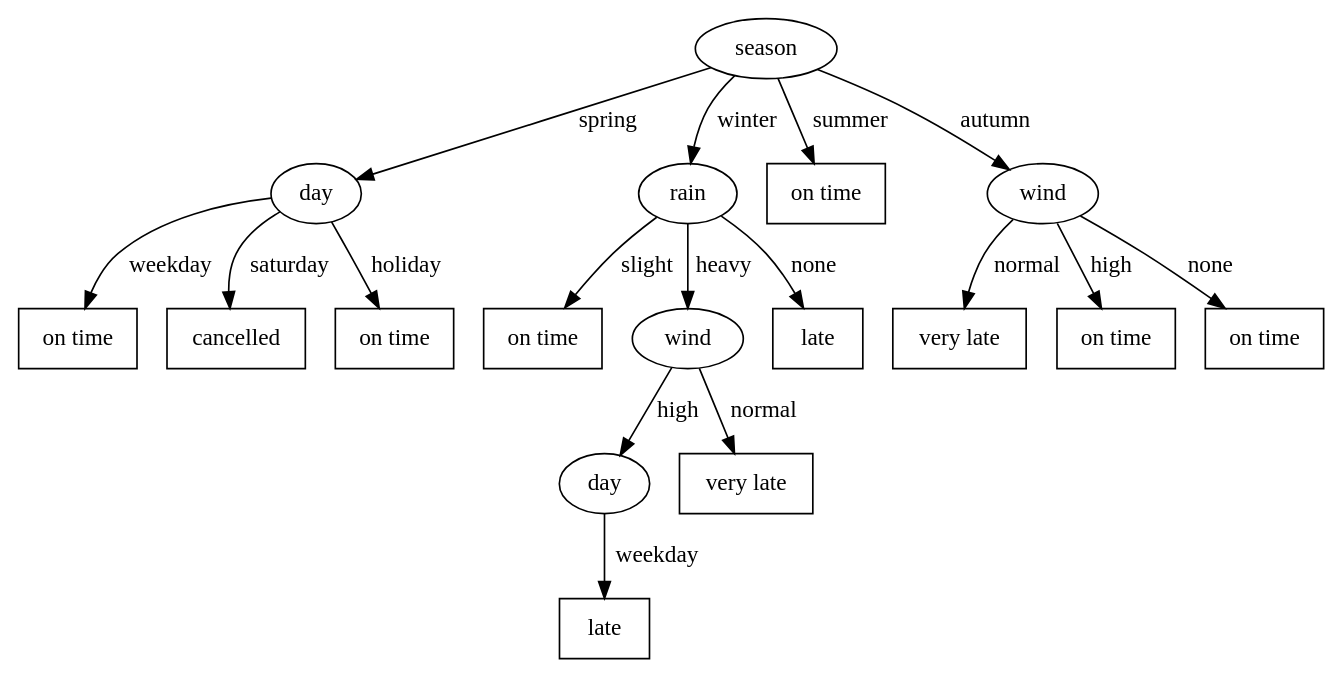
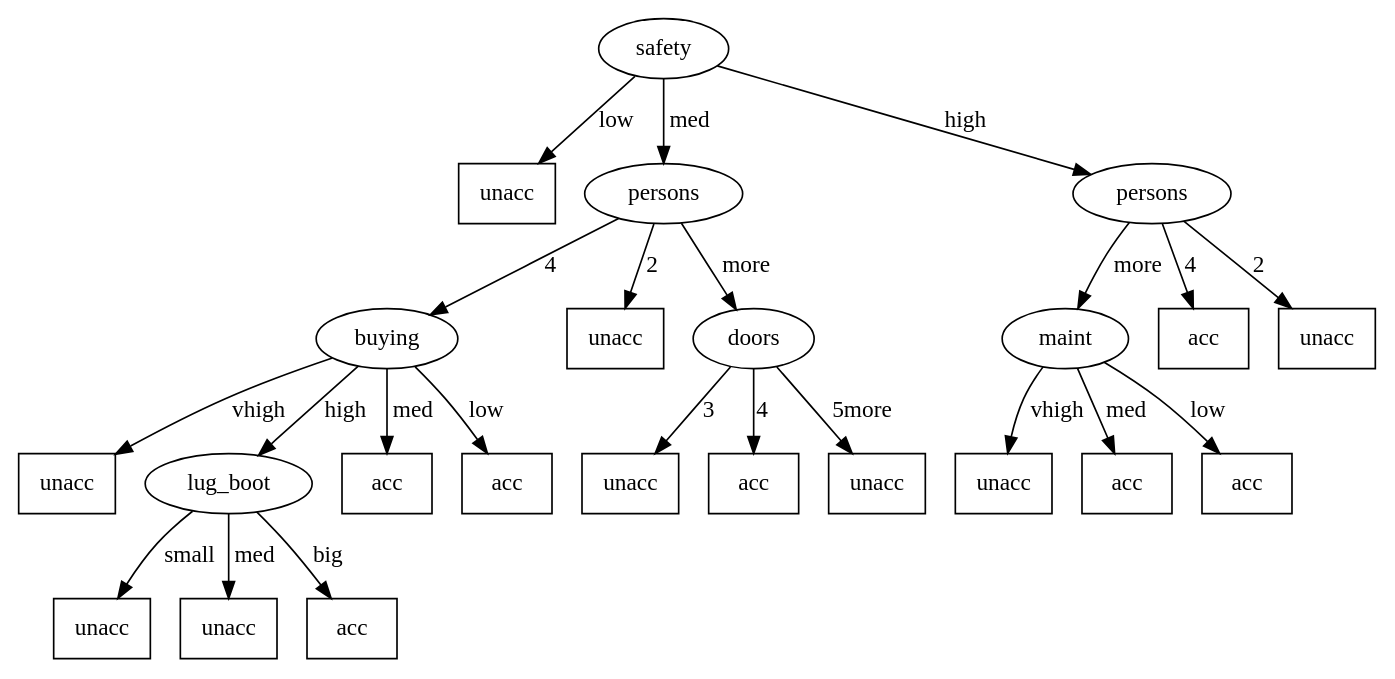
Before and after one commit to Javi96/SGDI: the diagram in Práctica 2/ID3/example.dot, drawn with Graphviz. The commit also changed 536 other files, not shown here.

```diff
--- a/Práctica 2/ID3/example.dot
+++ b/Práctica 2/ID3/example.dot
@@ -1,34 +1,46 @@
-digraph tree {1[label="season"];
-1->2[label="spring"];
-2[label="day"];
-2->3[label="weekday"];
-3[label="on time", shape="box"];
-2->4[label="saturday"];
-4[label="cancelled", shape="box"];
-2->5[label="holiday"];
-5[label="on time", shape="box"];
-1->6[label="winter"];
-6[label="rain"];
-6->7[label="slight"];
-7[label="on time", shape="box"];
-6->8[label="heavy"];
-8[label="wind"];
-8->9[label="high"];
-9[label="day"];
-9->10[label="weekday"];
-10[label="late", shape="box"];
-8->11[label="normal"];
-11[label="very late", shape="box"];
-6->12[label="none"];
-12[label="late", shape="box"];
-1->13[label="summer"];
-13[label="on time", shape="box"];
-1->14[label="autumn"];
-14[label="wind"];
-14->15[label="normal"];
-15[label="very late", shape="box"];
-14->16[label="high"];
-16[label="on time", shape="box"];
-14->17[label="none"];
-17[label="on time", shape="box"];
+digraph tree {1[label="safety"];
+1->2[label="low"];
+2[label="unacc", shape="box"];
+1->3[label="med"];
+3[label="persons"];
+3->4[label="4"];
+4[label="buying"];
+4->5[label="vhigh"];
+5[label="unacc", shape="box"];
+4->6[label="high"];
+6[label="lug_boot"];
+6->7[label="small"];
+7[label="unacc", shape="box"];
+6->8[label="med"];
+8[label="unacc", shape="box"];
+6->9[label="big"];
+9[label="acc", shape="box"];
+4->10[label="med"];
+10[label="acc", shape="box"];
+4->11[label="low"];
+11[label="acc", shape="box"];
+3->12[label="2"];
+12[label="unacc", shape="box"];
+3->13[label="more"];
+13[label="doors"];
+13->14[label="3"];
+14[label="unacc", shape="box"];
+13->15[label="4"];
+15[label="acc", shape="box"];
+13->16[label="5more"];
+16[label="unacc", shape="box"];
+1->17[label="high"];
+17[label="persons"];
+17->18[label="more"];
+18[label="maint"];
+18->19[label="vhigh"];
+19[label="unacc", shape="box"];
+18->20[label="med"];
+20[label="acc", shape="box"];
+18->21[label="low"];
+21[label="acc", shape="box"];
+17->22[label="4"];
+22[label="acc", shape="box"];
+17->23[label="2"];
+23[label="unacc", shape="box"];
 }
```
